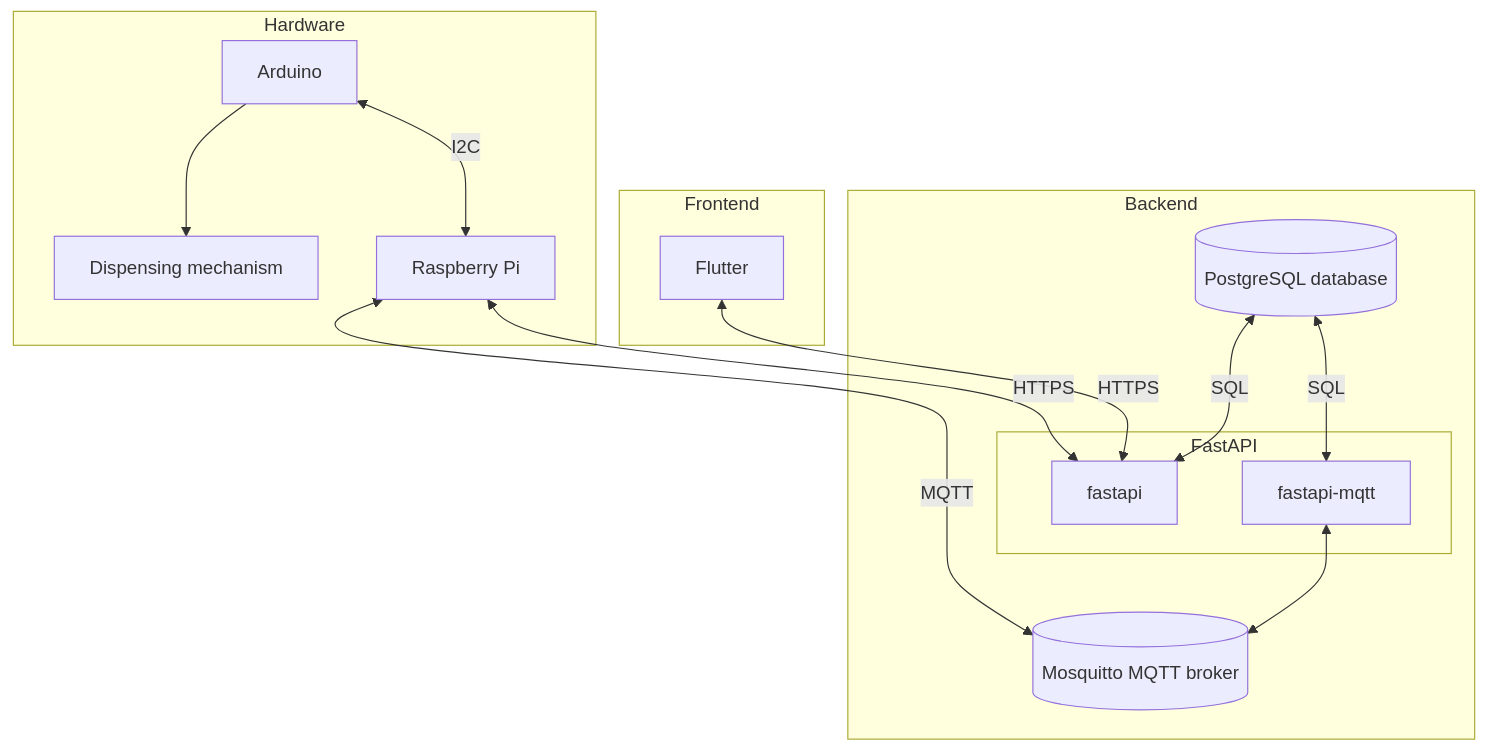
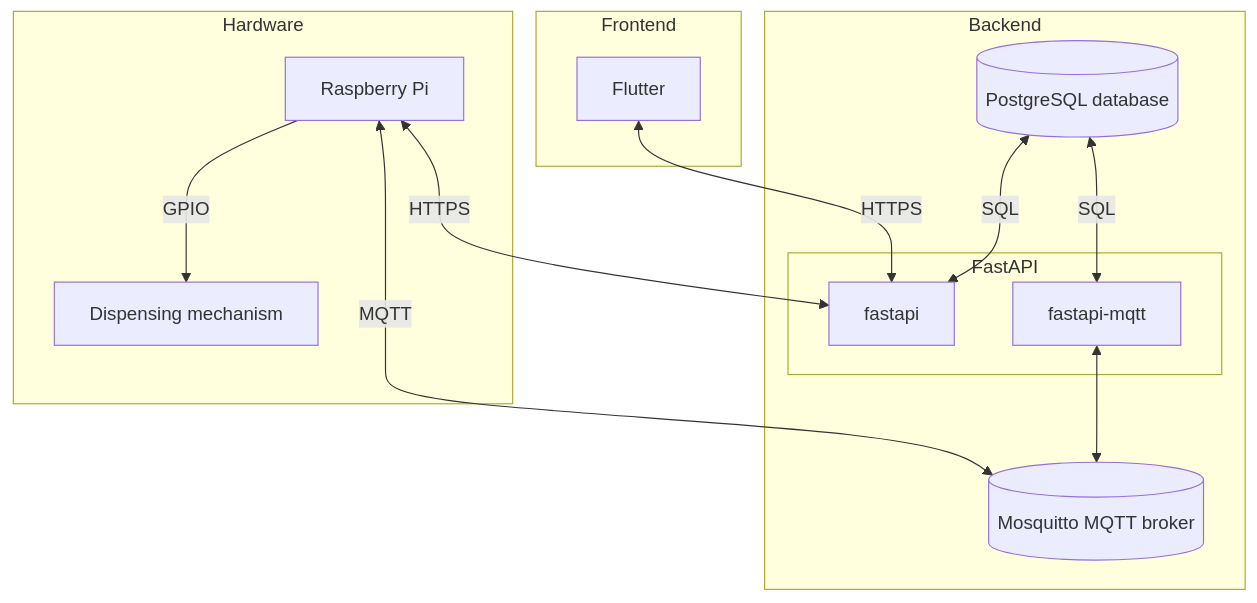
One commit to HealthHubert/.github changed the diagram in profile/README.md. Above: the diagram before and after it, drawn with Mermaid.

````diff
--- a/profile/README.md
+++ b/profile/README.md
@@ -4,38 +4,36 @@
 ```mermaid
 graph TD
     subgraph backend[Backend]
         db[(PostgreSQL database)]
         broker[(Mosquitto MQTT broker)]
 
         subgraph fast[FastAPI]
             fastapi[fastapi]
             fastapi-mqtt[fastapi-mqtt]
         end
 
     end
 
 
     subgraph hardware[Hardware]
         dispenser[Dispensing mechanism]
-        arduino[Arduino]
         pi[Raspberry Pi]
     end
 
     subgraph frontend[Frontend]
         flutter[Flutter]
     end
 
     
 
     fastapi-mqtt <--> broker
     db <--> |SQL| fastapi-mqtt
     db <--> |SQL| fastapi
 
     flutter <--> |HTTPS| fastapi
 
-    arduino --> dispenser
-    arduino <--> |I2C| pi
+    pi --> |GPIO| dispenser
     
     pi <--> |MQTT| broker
     pi <--> |HTTPS| fastapi
 ```
````
